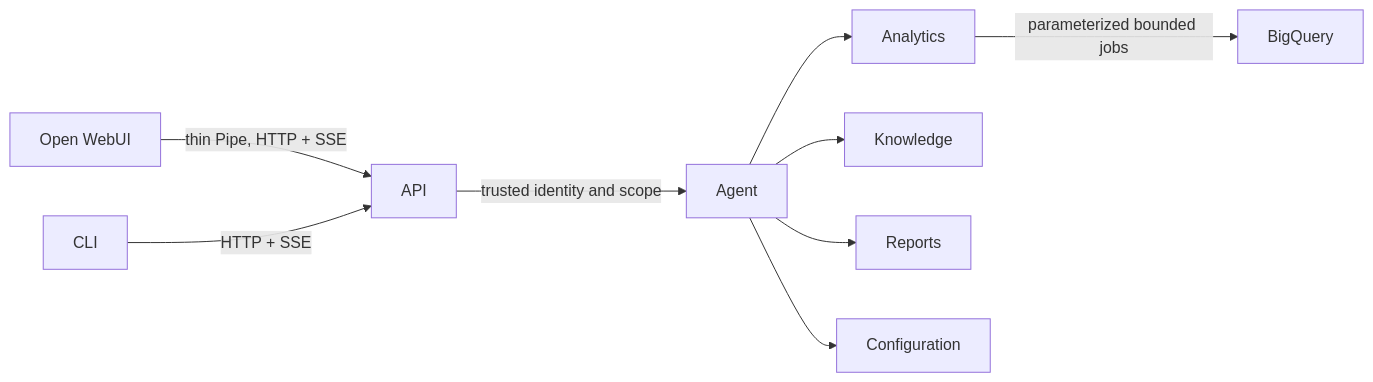
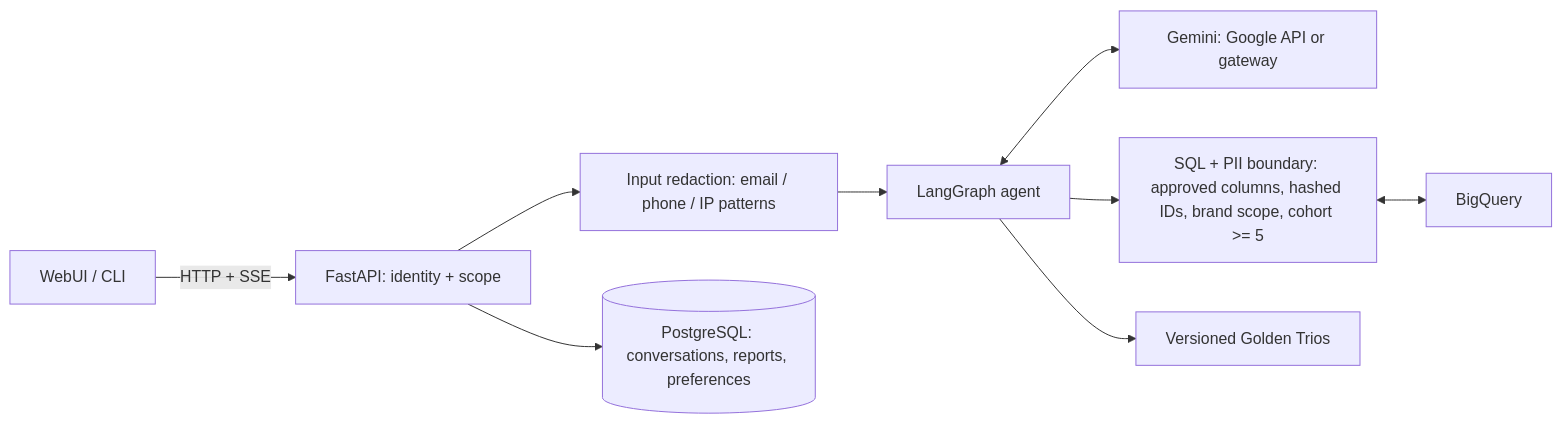
The diagram in docs/architecture.md (ottergottaott/retail-text-to-sql), drawn with Mermaid before and after one commit. The commit also changed other lines of this file and 16 other files, not shown here.

````diff
--- a/docs/architecture.md
+++ b/docs/architecture.md
@@ -14,11 +6,11 @@
 ```mermaid
 flowchart LR
-  W[Open WebUI] -->|thin Pipe, HTTP + SSE| API[API]
-  C[CLI] -->|HTTP + SSE| API
-  API -->|trusted identity and scope| A[Agent]
-  A --> AN[Analytics]
-  AN -->|parameterized bounded jobs| BQ[BigQuery]
-  A --> K[Knowledge]
-  A --> R[Reports]
-  A --> CFG[Configuration]
+  UI[WebUI / CLI] -->|HTTP + SSE| API[FastAPI: identity + scope]
+  API --> Input[Input redaction: email / phone / IP patterns]
+  Input --> Agent[LangGraph agent]
+  Agent <--> Model[Gemini: Google API or gateway]
+  Agent --> SQL[SQL + PII boundary: approved columns, hashed IDs, brand scope, cohort >= 5]
+  SQL <--> BQ[BigQuery]
+  Agent --> RAG[Versioned Golden Trios]
+  API --> DB[(PostgreSQL: conversations, reports, preferences)]
 ```
````
